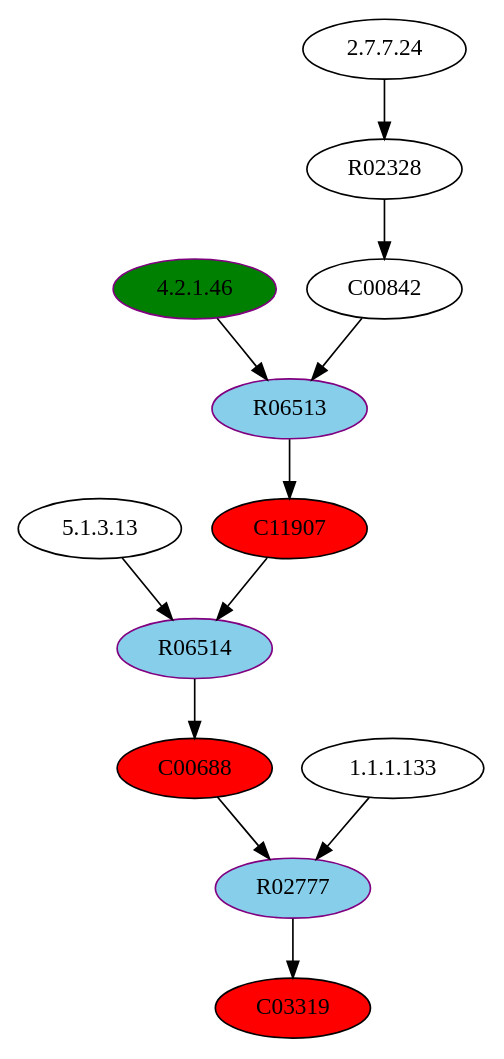
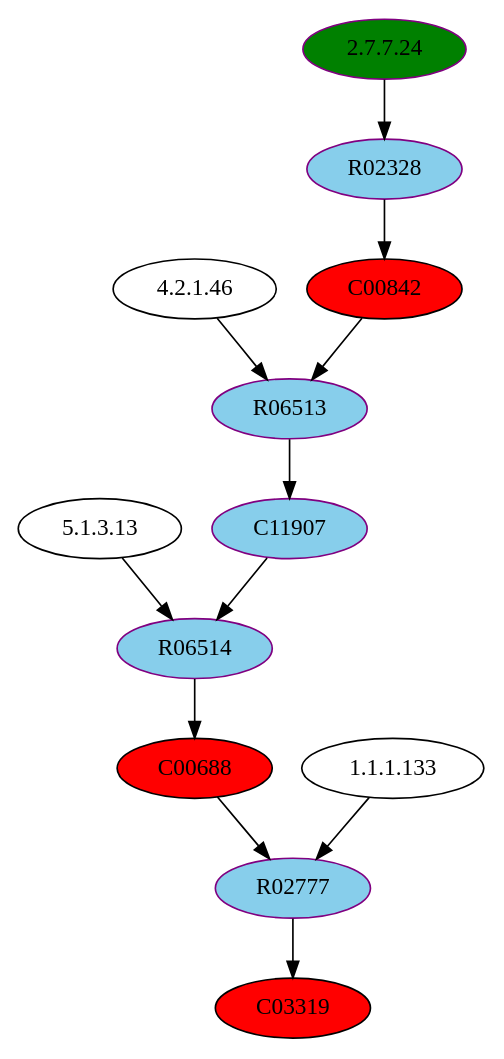
One commit to h3llcat25/BachelorQUBOProject changed the diagram in graphStuff/smallDots_w_marked_and_tests/eco_filtering_dot/xtra_modified_Polyketide.dot. Above: the diagram before and after it, drawn with Graphviz. The commit also changed 1 other file, not shown here.

Commit message:
small changes in dot graphs, i dont know why im tracking this...

```diff
--- a/graphStuff/smallDots_w_marked_and_tests/eco_filtering_dot/xtra_modified_Polyketide.dot
+++ b/graphStuff/smallDots_w_marked_and_tests/eco_filtering_dot/xtra_modified_Polyketide.dot
@@ -1,25 +1,25 @@
 digraph G {
 "5.1.3.13" [type=E];
-"2.7.7.24" [type=E];
+"2.7.7.24" [color=purple, fillcolor=green, style=filled, type=E];
 "1.1.1.133" [type=E];
-"4.2.1.46" [color=purple, fillcolor=green, style=filled, type=E];
-R02328 [type=R];
+"4.2.1.46" [type=E];
+R02328 [color=purple, fillcolor=skyblue, style=filled, type=R];
 R06513 [color=purple, fillcolor=skyblue, style=filled, type=R];
 R02777 [color=purple, fillcolor=skyblue, style=filled, type=R];
 R06514 [color=purple, fillcolor=skyblue, style=filled, type=R];
-C11907 [fillcolor=red, style=filled, type=C];
-C00842 [type=C];
+C11907 [color=purple, fillcolor=skyblue, style=filled, type=C];
+C00842 [fillcolor=red, style=filled, type=C];
 C03319 [fillcolor=red, style=filled, type=C];
 C00688 [fillcolor=red, style=filled, type=C];
 C00688 -> R02777;
 R02777 -> C03319;
 C11907 -> R06514;
 R06514 -> C00688;
 C00842 -> R06513;
 R06513 -> C11907;
 R02328 -> C00842;
 "2.7.7.24" -> R02328;
 "4.2.1.46" -> R06513;
 "1.1.1.133" -> R02777;
 "5.1.3.13" -> R06514;
 }
```
